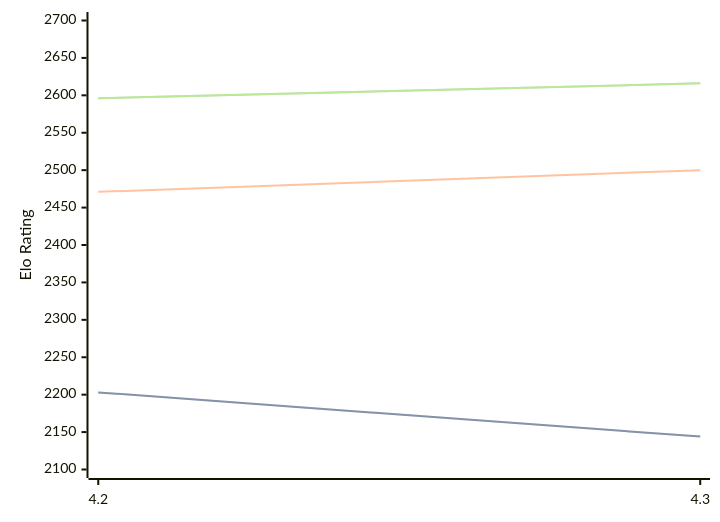
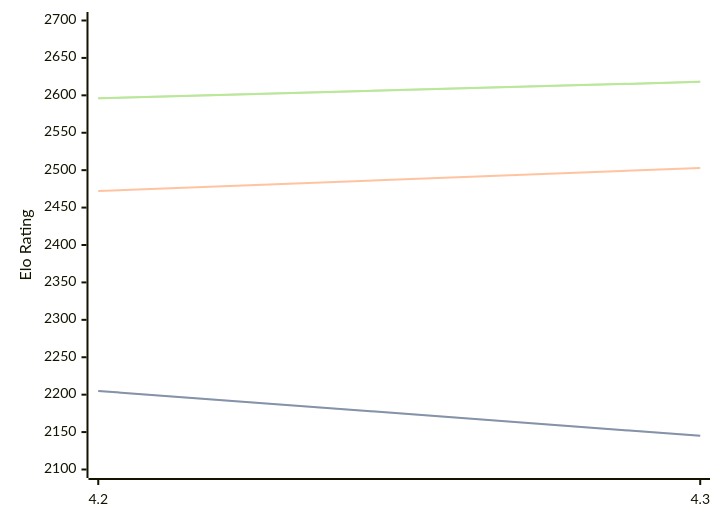
The diagram in engines/Eubos.md (computer-chess-index/cci), drawn with Mermaid before and after one commit. The commit also changed other lines of this file, not shown here.

Commit message:
Update CCI Ratings (ELO VLTC) - 2026-05-04

````diff
--- a/engines/Eubos.md
+++ b/engines/Eubos.md
@@ -88,11 +88,11 @@
 ```mermaid
 %%{init: {"theme":"base","themeVariables":{"seriesColors:['#a3a3a3','#222221','#faa371']}}}%%
 xychart-beta
   x-axis ["4.2", "4.3"]
   y-axis "Elo Rating" 2100 --> 2700
-  line "STC (8.0+0.08s)" [2203, 2144]
-  line "STC (8.0+0.08s)" [2203, 2144]
-  line "LTC (60.0+0.60s)" [2471, 2500]
-  line "VLTC (2m24s+1.12s)" [2596, 2616]
-  line "VLTC (2m24s+1.12s)" [2596, 2616]
+  line "STC (8.0+0.08s)" [2205, 2145]
+  line "STC (8.0+0.08s)" [2205, 2145]
+  line "LTC (60.0+0.60s)" [2472, 2503]
+  line "VLTC (2m24s+1.12s)" [2596, 2618]
+  line "VLTC (2m24s+1.12s)" [2596, 2618]
 ```
````
